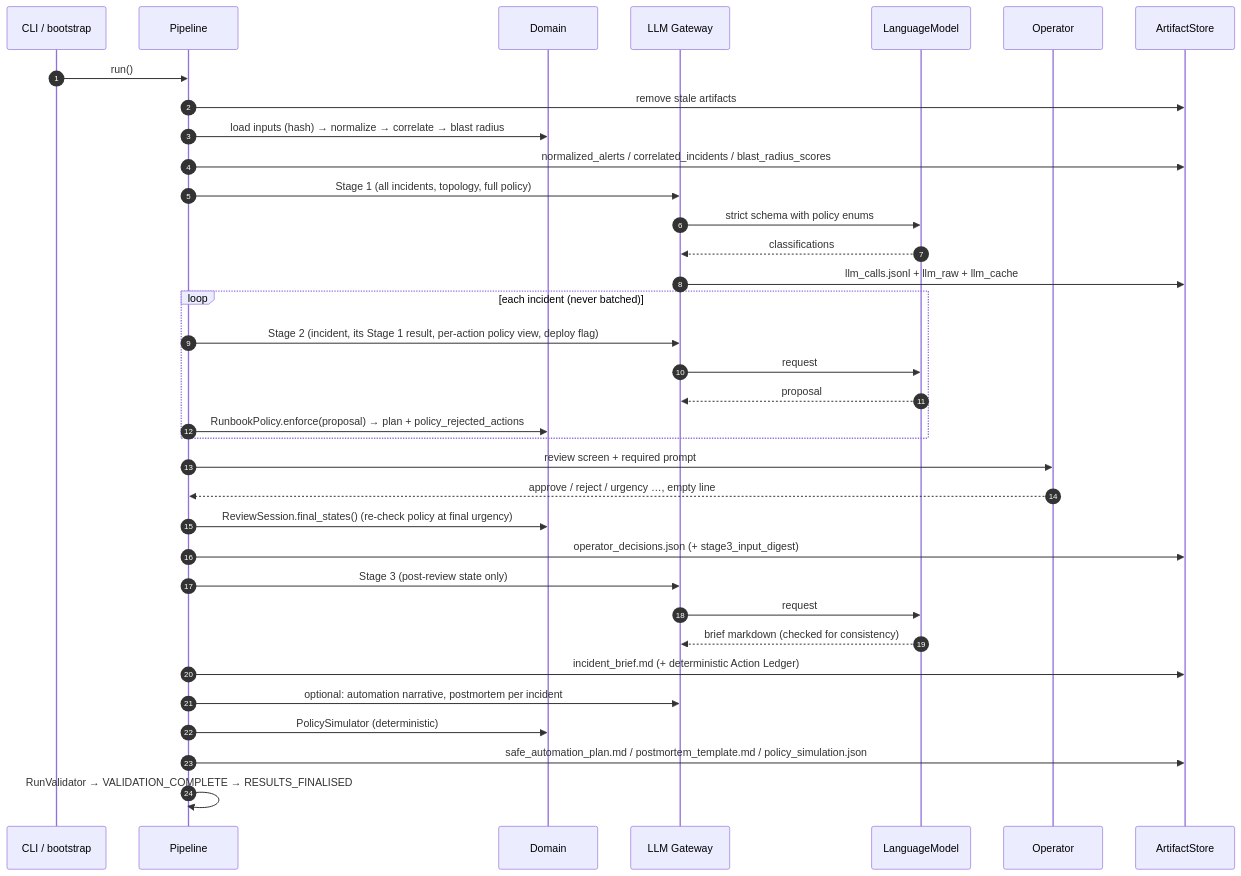
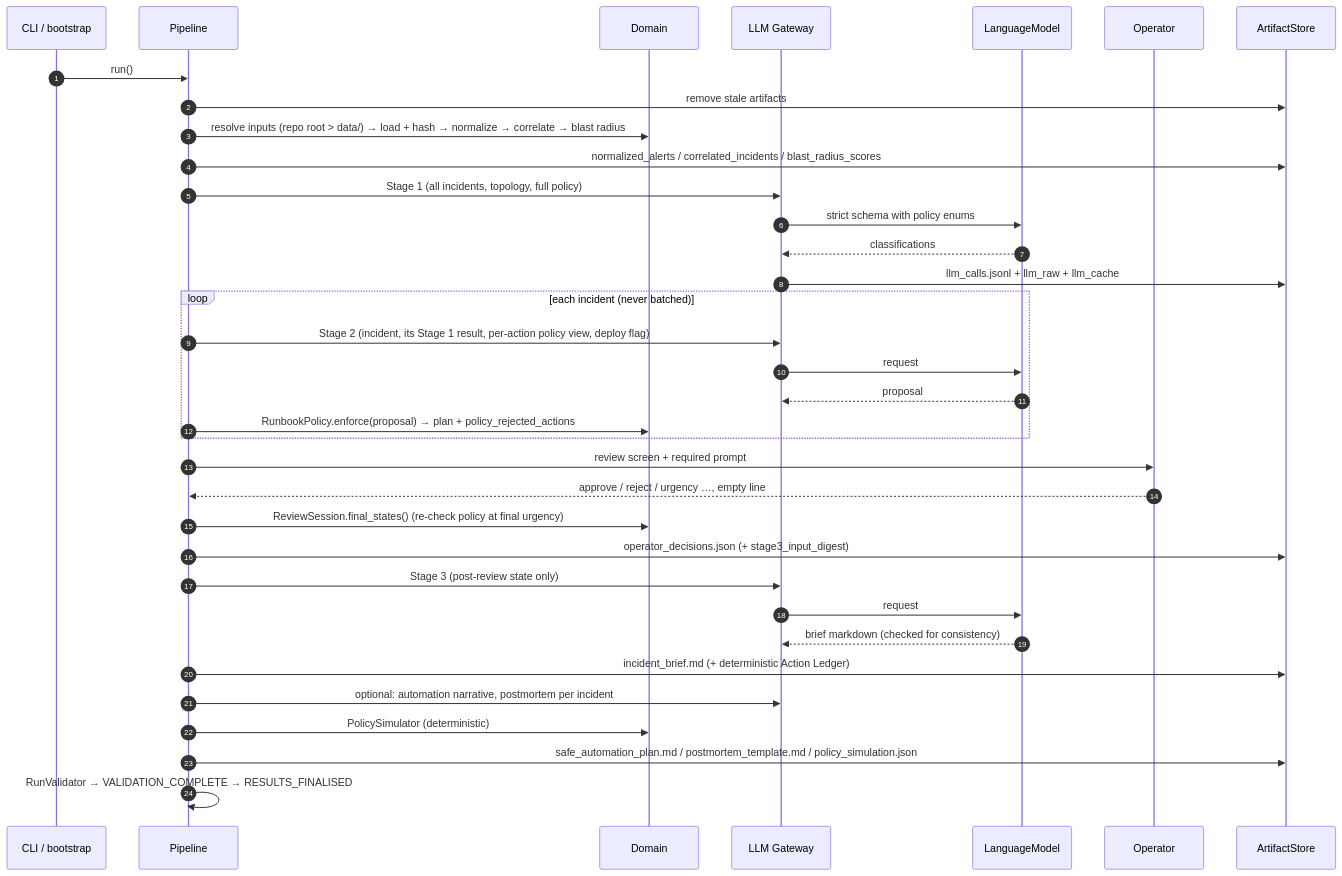
The fourth of 8 diagrams in docs/IMPLEMENTATION_SPEC.md (srikanthkakumanu/deriv-irp), drawn with Mermaid before and after one commit. The commit also changed other lines of this file and 19 other files, not shown here.

````diff
--- a/docs/IMPLEMENTATION_SPEC.md
+++ b/docs/IMPLEMENTATION_SPEC.md
@@ -218,38 +221,38 @@
 ```mermaid
 sequenceDiagram
     autonumber
     participant CLI as CLI / bootstrap
     participant P as Pipeline
     participant D as Domain
     participant G as LLM Gateway
     participant M as LanguageModel
     participant O as Operator
     participant S as ArtifactStore
 
     CLI->>P: run()
     P->>S: remove stale artifacts
-    P->>D: load inputs (hash) → normalize → correlate → blast radius
+    P->>D: resolve inputs (repo root > data/) → load + hash → normalize → correlate → blast radius
     P->>S: normalized_alerts / correlated_incidents / blast_radius_scores
     P->>G: Stage 1 (all incidents, topology, full policy)
     G->>M: strict schema with policy enums
     M-->>G: classifications
     G->>S: llm_calls.jsonl + llm_raw + llm_cache
     loop each incident (never batched)
         P->>G: Stage 2 (incident, its Stage 1 result, per-action policy view, deploy flag)
         G->>M: request
         M-->>G: proposal
         P->>D: RunbookPolicy.enforce(proposal) → plan + policy_rejected_actions
     end
     P->>O: review screen + required prompt
     O-->>P: approve / reject / urgency …, empty line
     P->>D: ReviewSession.final_states() (re-check policy at final urgency)
     P->>S: operator_decisions.json (+ stage3_input_digest)
     P->>G: Stage 3 (post-review state only)
     G->>M: request
     M-->>G: brief markdown (checked for consistency)
     P->>S: incident_brief.md (+ deterministic Action Ledger)
     P->>G: optional: automation narrative, postmortem per incident
     P->>D: PolicySimulator (deterministic)
     P->>S: safe_automation_plan.md / postmortem_template.md / policy_simulation.json
     P->>P: RunValidator → VALIDATION_COMPLETE → RESULTS_FINALISED
 ```
````
